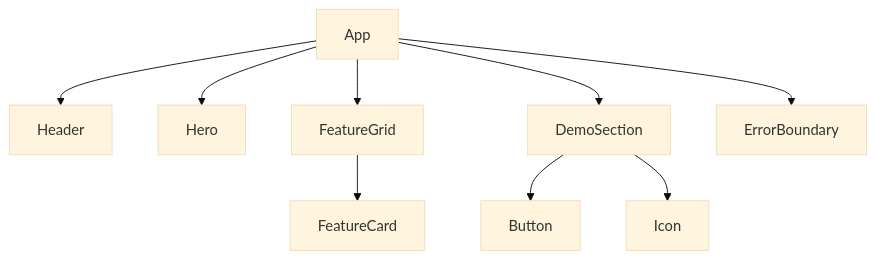
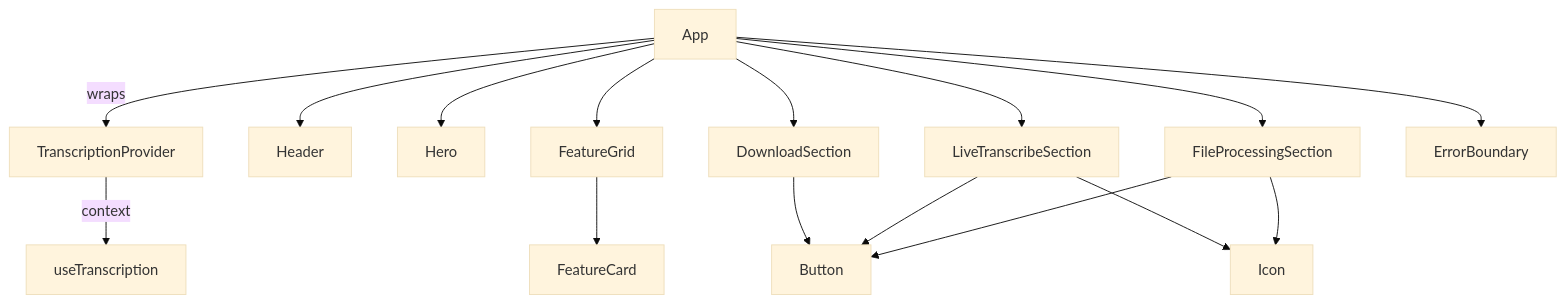
Before and after one commit to vijayvir/AudioAiUI: the second of 4 diagrams in README.md, drawn with Mermaid (base theme). The commit also changed other lines of this file and 19 other files, not shown here.

````diff
--- a/README.md
+++ b/README.md
@@ -45,12 +51,19 @@
 ```mermaid
 flowchart TD
+  App -->|wraps| TranscriptionProvider
   App --> Header
   App --> Hero
   App --> FeatureGrid
-  App --> DemoSection
+  App --> FileProcessingSection
+  App --> LiveTranscribeSection
+  App --> DownloadSection
   App --> ErrorBoundary
 
+  TranscriptionProvider -->|context| useTranscription
   FeatureGrid --> FeatureCard
-  DemoSection --> Button
-  DemoSection --> Icon
+  FileProcessingSection --> Button
+  FileProcessingSection --> Icon
+  LiveTranscribeSection --> Button
+  LiveTranscribeSection --> Icon
+  DownloadSection --> Button
 ```
````
